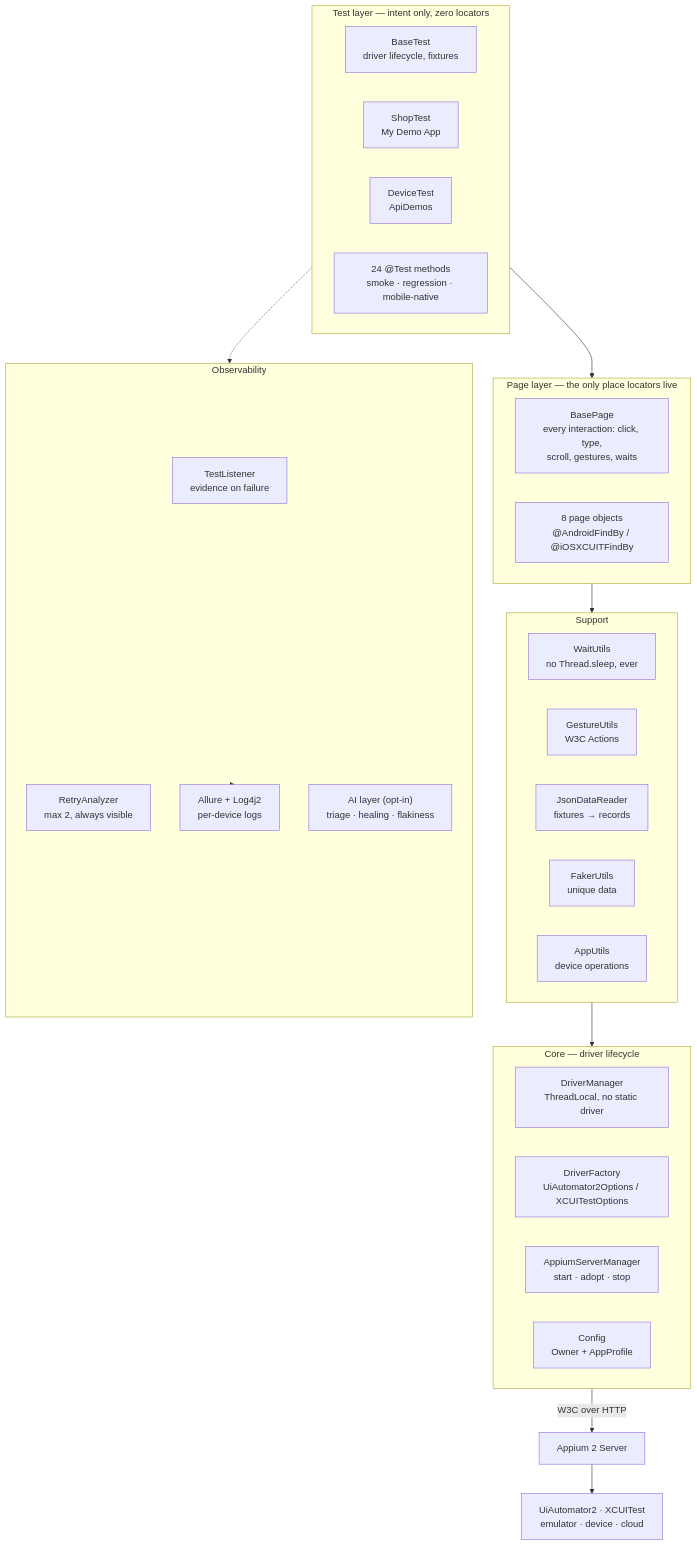
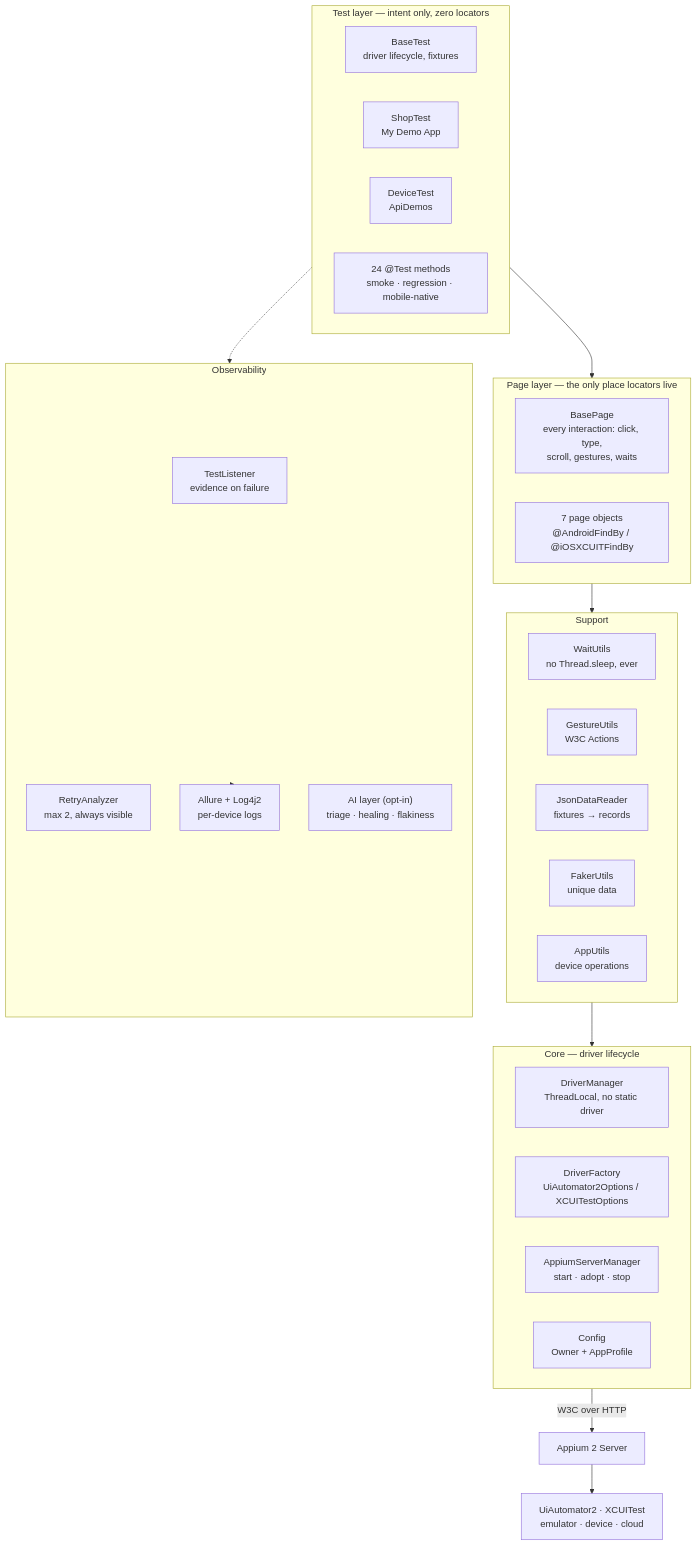
One commit to Adarsh89P/Mobile_automation_framework changed the first of 2 diagrams in README.md. Above: the diagram before and after it, drawn with Mermaid. The commit also changed other lines of this file and 1 other file, not shown here.

````diff
--- a/README.md
+++ b/README.md
@@ -43,42 +43,42 @@
 ```mermaid
 graph TD
     subgraph Tests["Test layer — intent only, zero locators"]
         T1[BaseTest<br/>driver lifecycle, fixtures]
         T2[ShopTest<br/>My Demo App]
         T3[DeviceTest<br/>ApiDemos]
         T4["24 @Test methods<br/>smoke · regression · mobile-native"]
     end
 
     subgraph Pages["Page layer — the only place locators live"]
         P1["BasePage<br/>every interaction: click, type,<br/>scroll, gestures, waits"]
-        P2["8 page objects<br/>@AndroidFindBy / @iOSXCUITFindBy"]
+        P2["7 page objects<br/>@AndroidFindBy / @iOSXCUITFindBy"]
     end
 
     subgraph Support["Support"]
         U1[WaitUtils<br/>no Thread.sleep, ever]
         U2[GestureUtils<br/>W3C Actions]
         U3[JsonDataReader<br/>fixtures → records]
         U4[FakerUtils<br/>unique data]
         U5[AppUtils<br/>device operations]
     end
 
     subgraph Core["Core — driver lifecycle"]
         C1["DriverManager<br/>ThreadLocal, no static driver"]
         C2[DriverFactory<br/>UiAutomator2Options / XCUITestOptions]
         C3[AppiumServerManager<br/>start · adopt · stop]
         C4["Config<br/>Owner + AppProfile"]
     end
 
     subgraph Observe["Observability"]
         L1[TestListener<br/>evidence on failure]
         L2[RetryAnalyzer<br/>max 2, always visible]
         L3[Allure + Log4j2<br/>per-device logs]
         L4["AI layer (opt-in)<br/>triage · healing · flakiness"]
     end
 
     Tests --> Pages --> Support --> Core
     Core -->|W3C over HTTP| S[Appium 2 Server]
     S --> D["UiAutomator2 · XCUITest<br/>emulator · device · cloud"]
     Tests -.-> Observe
     Observe -.-> L3
 ```
````
